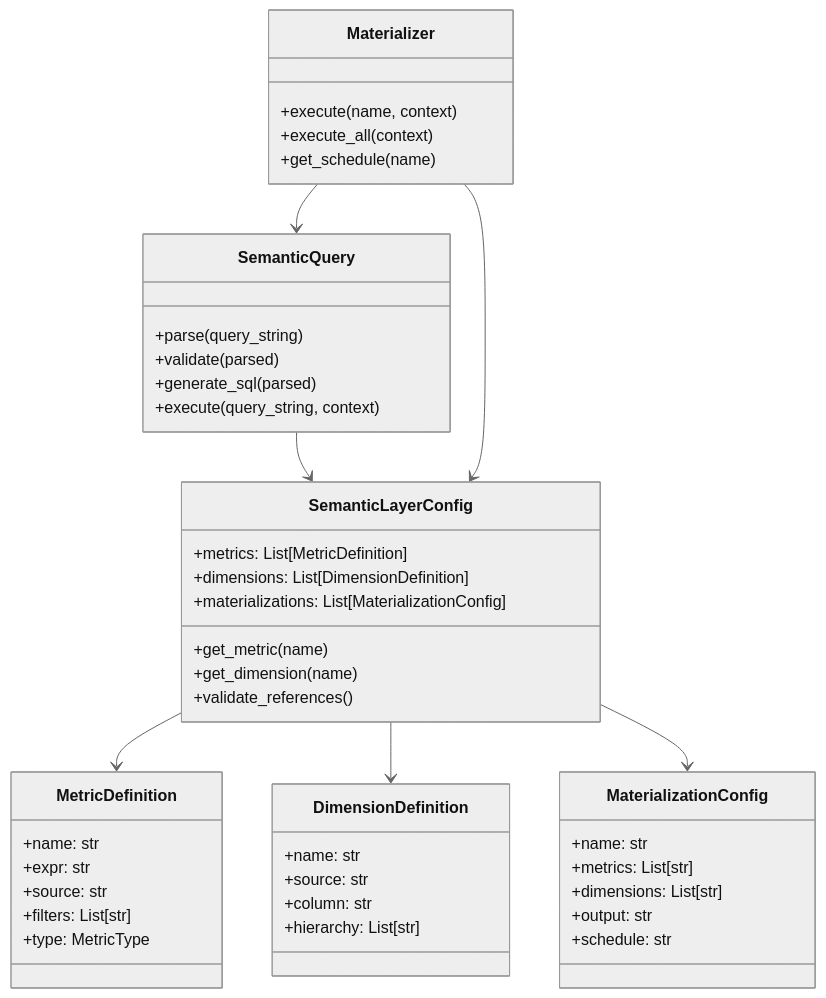
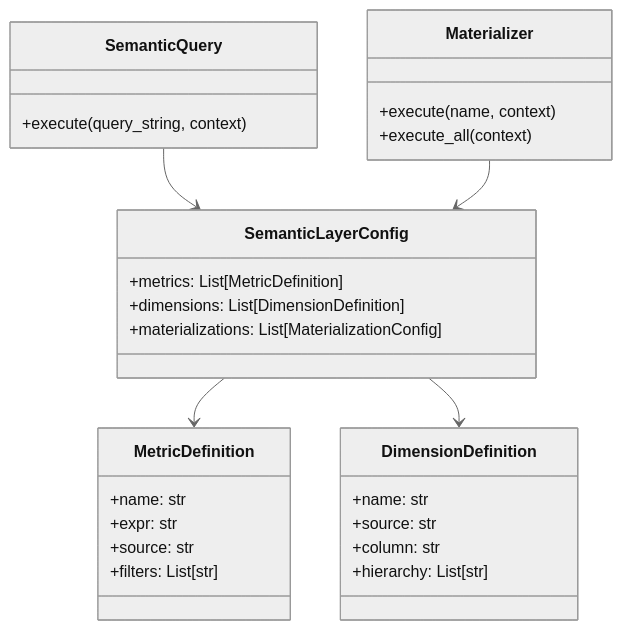
One commit to henryodibi11/Odibi changed the second of 2 diagrams in docs/semantics/index.md. Above: the diagram before and after it, drawn with Mermaid (neutral theme). The commit also changed other lines of this file and 6 other files, not shown here.

````diff
--- a/docs/semantics/index.md
+++ b/docs/semantics/index.md
@@ -205,54 +289,36 @@
 ```mermaid
 classDiagram
     class SemanticLayerConfig {
         +metrics: List[MetricDefinition]
         +dimensions: List[DimensionDefinition]
         +materializations: List[MaterializationConfig]
-        +get_metric(name)
-        +get_dimension(name)
-        +validate_references()
     }
     
     class MetricDefinition {
         +name: str
         +expr: str
         +source: str
         +filters: List[str]
-        +type: MetricType
     }
     
     class DimensionDefinition {
         +name: str
         +source: str
         +column: str
         +hierarchy: List[str]
     }
     
-    class MaterializationConfig {
-        +name: str
-        +metrics: List[str]
-        +dimensions: List[str]
-        +output: str
-        +schedule: str
-    }
-    
     class SemanticQuery {
-        +parse(query_string)
-        +validate(parsed)
-        +generate_sql(parsed)
         +execute(query_string, context)
     }
     
     class Materializer {
         +execute(name, context)
         +execute_all(context)
-        +get_schedule(name)
     }
     
     SemanticLayerConfig --> MetricDefinition
     SemanticLayerConfig --> DimensionDefinition
-    SemanticLayerConfig --> MaterializationConfig
     SemanticQuery --> SemanticLayerConfig
     Materializer --> SemanticLayerConfig
-    Materializer --> SemanticQuery
 ```
````
